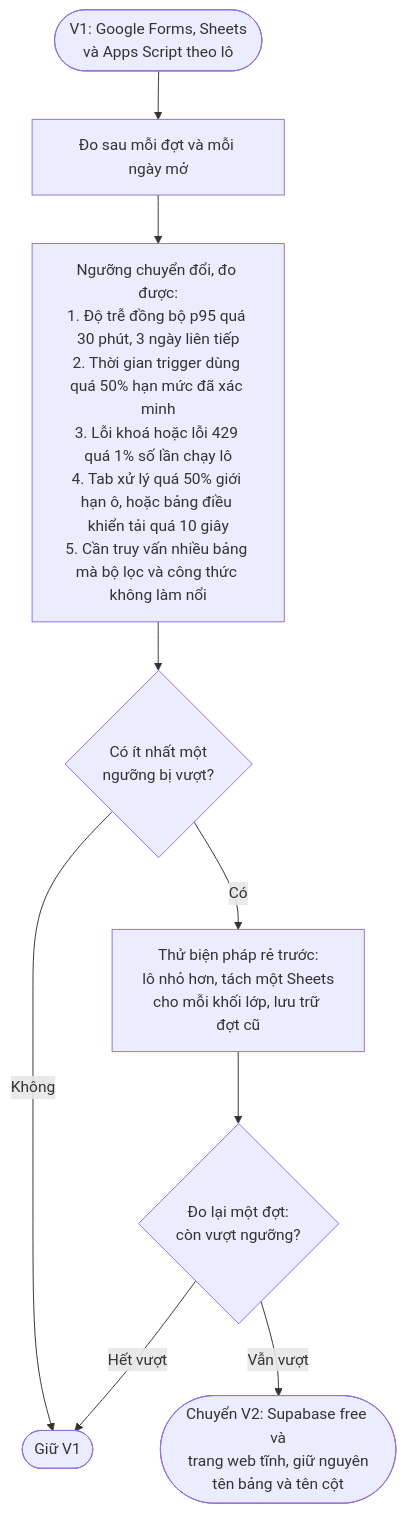
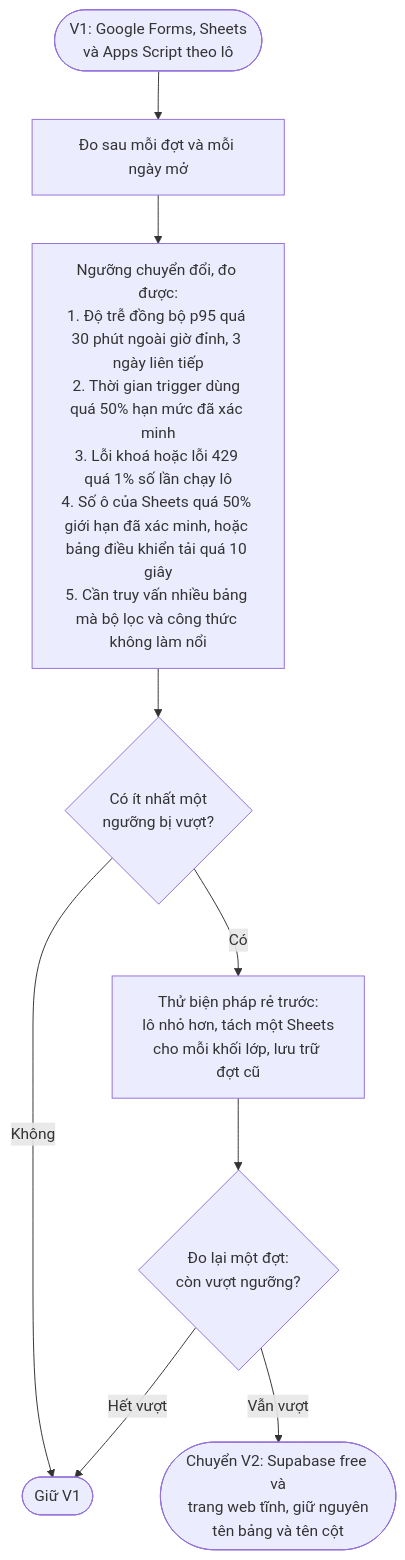
Before and after one commit to nguyenphanvantruong6969-arch/TESTING-DEV: the diagram in docs/he_sinh_thai/anh/e_chuyen_doi.mmd, drawn with Mermaid. The commit also changed 14 other files, not shown here.

First line of the commit message:
T4 sửa vòng 2: khoá bằng ID phản hồi, vòng đời trigger, ghi dở, thông lượng, gán lại mã, xuất theo phần

```diff
--- a/docs/he_sinh_thai/anh/e_chuyen_doi.mmd
+++ b/docs/he_sinh_thai/anh/e_chuyen_doi.mmd
@@ -1,9 +1,9 @@
 flowchart TD
   S(["V1: Google Forms, Sheets<br/>và Apps Script theo lô"]) --> M["Đo sau mỗi đợt và mỗi ngày mở"]
-  M --> T["Ngưỡng chuyển đổi, đo được:<br/>1. Độ trễ đồng bộ p95 quá 30 phút, 3 ngày liên tiếp<br/>2. Thời gian trigger dùng quá 50% hạn mức đã xác minh<br/>3. Lỗi khoá hoặc lỗi 429 quá 1% số lần chạy lô<br/>4. Tab xử lý quá 50% giới hạn ô, hoặc bảng điều khiển tải quá 10 giây<br/>5. Cần truy vấn nhiều bảng mà bộ lọc và công thức không làm nổi"]
+  M --> T["Ngưỡng chuyển đổi, đo được:<br/>1. Độ trễ đồng bộ p95 quá 30 phút ngoài giờ đỉnh, 3 ngày liên tiếp<br/>2. Thời gian trigger dùng quá 50% hạn mức đã xác minh<br/>3. Lỗi khoá hoặc lỗi 429 quá 1% số lần chạy lô<br/>4. Số ô của Sheets quá 50% giới hạn đã xác minh, hoặc bảng điều khiển tải quá 10 giây<br/>5. Cần truy vấn nhiều bảng mà bộ lọc và công thức không làm nổi"]
   T --> Q{"Có ít nhất một<br/>ngưỡng bị vượt?"}
   Q -->|"Không"| K(["Giữ V1"])
   Q -->|"Có"| X["Thử biện pháp rẻ trước:<br/>lô nhỏ hơn, tách một Sheets<br/>cho mỗi khối lớp, lưu trữ đợt cũ"]
   X --> R{"Đo lại một đợt:<br/>còn vượt ngưỡng?"}
   R -->|"Hết vượt"| K
   R -->|"Vẫn vượt"| MG(["Chuyển V2: Supabase free và<br/>trang web tĩnh, giữ nguyên<br/>tên bảng và tên cột"])
```
